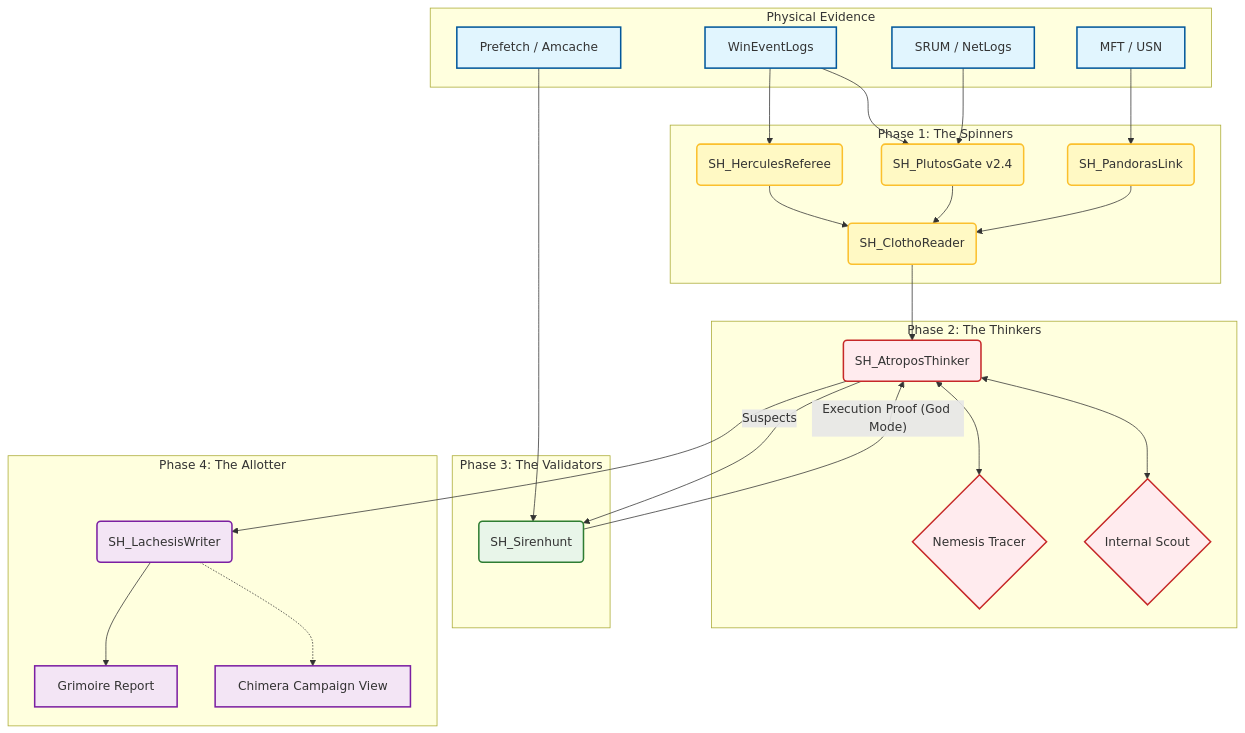
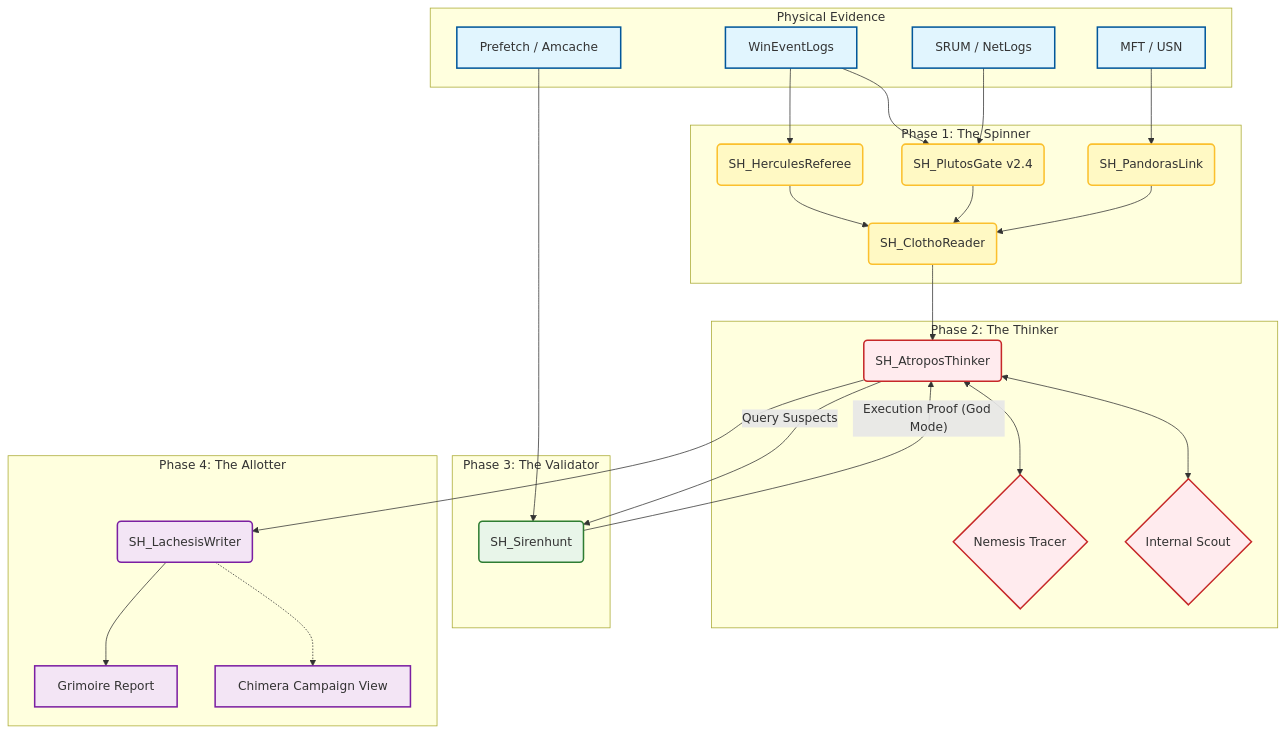
Before and after one commit to schutzz/SkiaHelios: the diagram in README.md, drawn with Mermaid. The commit also changed other lines of this file, not shown here.

````diff
--- a/README.md
+++ b/README.md
@@ -15,69 +15,69 @@
 ```mermaid
 graph TD
     %% Define Styles
     classDef evidence fill:#e1f5fe,stroke:#01579b,stroke-width:2px;
     classDef ingest fill:#fff9c4,stroke:#fbc02d,stroke-width:2px;
     classDef logic fill:#ffebee,stroke:#c62828,stroke-width:2px;
     classDef validator fill:#e8f5e9,stroke:#2e7d32,stroke-width:2px;
     classDef output fill:#f3e5f5,stroke:#7b1fa2,stroke-width:2px;
 
     %% Input Data
     subgraph Evidence [Physical Evidence]
         EVTX[WinEventLogs]:::evidence
         MFT[MFT / USN]:::evidence
         SRUM[SRUM / NetLogs]:::evidence
         PF[Prefetch / Amcache]:::evidence
     end
 
     %% Ingestion Layer (Clotho)
-    subgraph Ingest [Phase 1: The Spinners]
+    subgraph Ingest [Phase 1: The Spinner]
         Clotho(SH_ClothoReader):::ingest
         Plutos(SH_PlutosGate v2.4):::ingest
         Pandora(SH_PandorasLink):::ingest
         Hercules(SH_HerculesReferee):::ingest
     end
 
     %% Logic Layer (Atropos)
-    subgraph Logic [Phase 2: The Thinkers]
+    subgraph Logic [Phase 2: The Thinker]
         Atropos(SH_AtroposThinker):::logic
         Nemesis{Nemesis Tracer}:::logic
         InternalScout{Internal Scout}:::logic
     end
 
     %% Validation Layer (Siren)
-    subgraph Validate [Phase 3: The Validators]
+    subgraph Validate [Phase 3: The Validator]
         Siren(SH_Sirenhunt):::validator
     end
 
     %% Output Layer (Lachesis)
     subgraph Output [Phase 4: The Allotter]
         Lachesis(SH_LachesisWriter):::output
         Report[Grimoire Report]:::output
         Chimera[Chimera Campaign View]:::output
     end
 
     %% Connections
     EVTX --> Hercules
     EVTX --> Plutos
     SRUM --> Plutos
     MFT --> Pandora
     PF --> Siren
 
     Hercules --> Clotho
     Plutos --> Clotho
     Pandora --> Clotho
     
     Clotho --> Atropos
     
     Atropos <--> Nemesis
     Atropos <--> InternalScout
     
-    %% Siren Validation Loop
+    %% Siren Validation Loop (FIXED)
+    Atropos -- "Query Suspects" --> Siren
     Siren -- "Execution Proof (God Mode)" --> Atropos
-    Atropos -- "Suspects" --> Siren
     
     %% Final Write
     Atropos --> Lachesis
     Lachesis --> Report
     Lachesis -.-> Chimera
 ```
````
